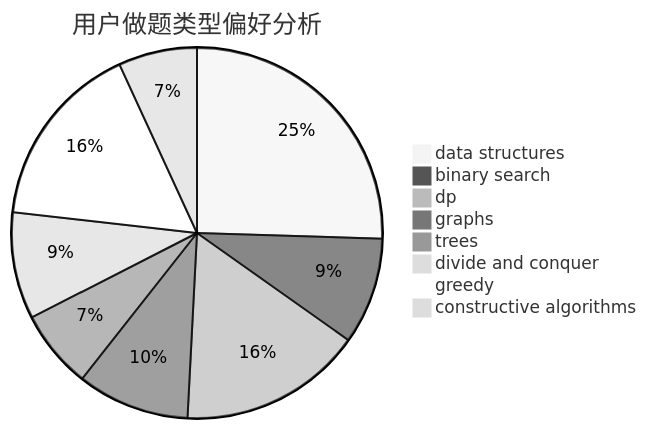
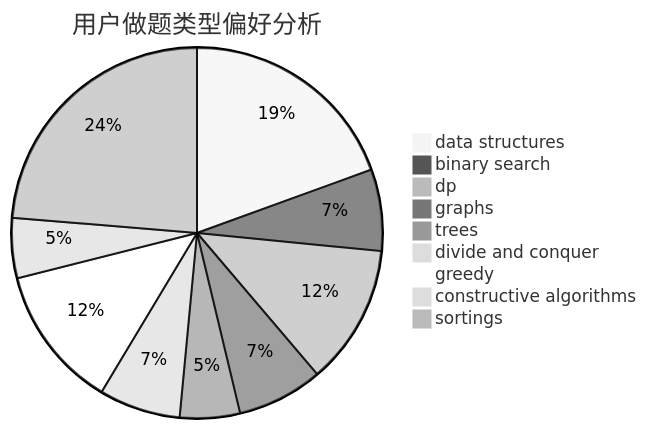
Before and after one commit to sherpahu/cfrs.github.io: the second of 3 diagrams in docs/user/u2247.md, drawn with Mermaid (neutral theme). The commit also changed other lines of this file and 2769 other files, not shown here.

````diff
--- a/docs/user/u2247.md
+++ b/docs/user/u2247.md
@@ -23,11 +18,12 @@
 ```mermaid
 pie title 用户做题类型偏好分析
     "data structures" :  156
     "binary search" :  57
     "dp" :  98
     "graphs" :  60
     "trees" :  42
     "divide and conquer" :  57
     "greedy" :  100
     "constructive algorithms" :  42
+    "sortings" :  190
 ```
````
